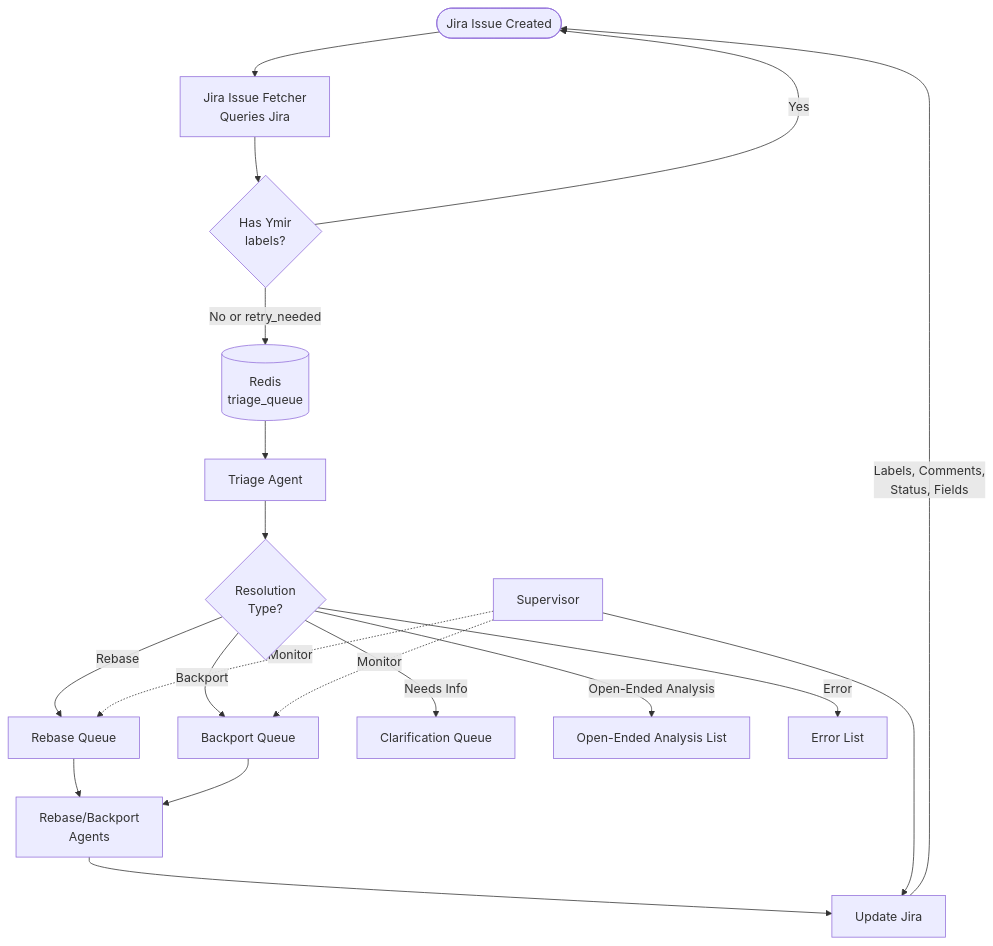
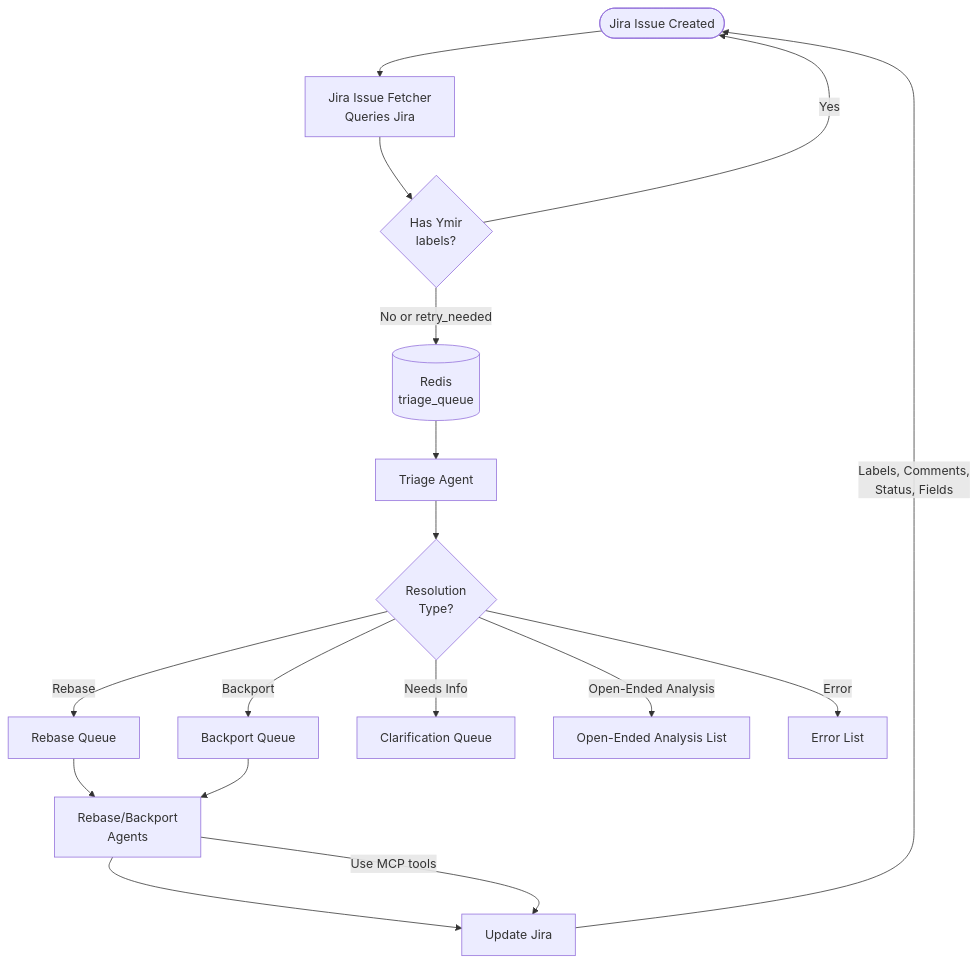
The fourth of 4 diagrams in jira_data_flow.md (packit/ai-workflows), drawn with Mermaid before and after one commit. The commit also changed other lines of this file and 54 other files, not shown here.

````diff
--- a/jira_data_flow.md
+++ b/jira_data_flow.md
@@ -172,42 +147,38 @@
 ```mermaid
 flowchart TD
     START([Jira Issue Created])
     FETCH[Jira Issue Fetcher<br/>Queries Jira]
     FILTER{Has Ymir<br/>labels?}
     REDIS[(Redis<br/>triage_queue)]
     TRIAGE[Triage Agent]
     DECIDE{Resolution<br/>Type?}
 
     REBASE[Rebase Queue]
     BACKPORT[Backport Queue]
     CLARIFY[Clarification Queue]
     ANALYSIS[Open-Ended Analysis List]
     ERROR[Error List]
 
     PROCESS[Rebase/Backport<br/>Agents]
-    SUPER[Supervisor]
     UPDATE[Update Jira]
 
     START --> FETCH
     FETCH --> FILTER
     FILTER -->|No or retry_needed| REDIS
     FILTER -->|Yes| START
     REDIS --> TRIAGE
     TRIAGE --> DECIDE
 
     DECIDE -->|Rebase| REBASE
     DECIDE -->|Backport| BACKPORT
     DECIDE -->|Needs Info| CLARIFY
     DECIDE -->|Open-Ended Analysis| ANALYSIS
     DECIDE -->|Error| ERROR
 
     REBASE --> PROCESS
     BACKPORT --> PROCESS
     PROCESS --> UPDATE
 
-    SUPER -.Monitor.-> REBASE
-    SUPER -.Monitor.-> BACKPORT
-    SUPER --> UPDATE
-
+    PROCESS -->|"Use MCP tools"| UPDATE
     UPDATE --> |Labels, Comments,<br/>Status, Fields| START
 ```
````
